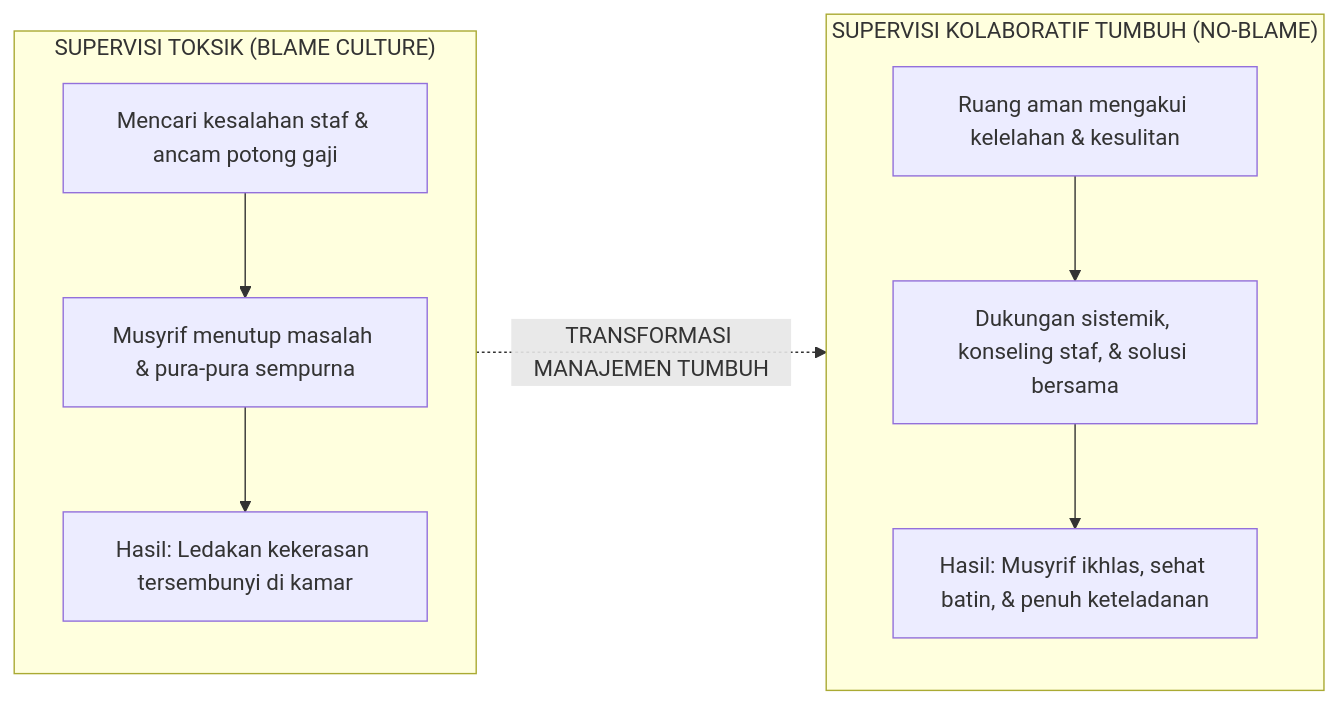
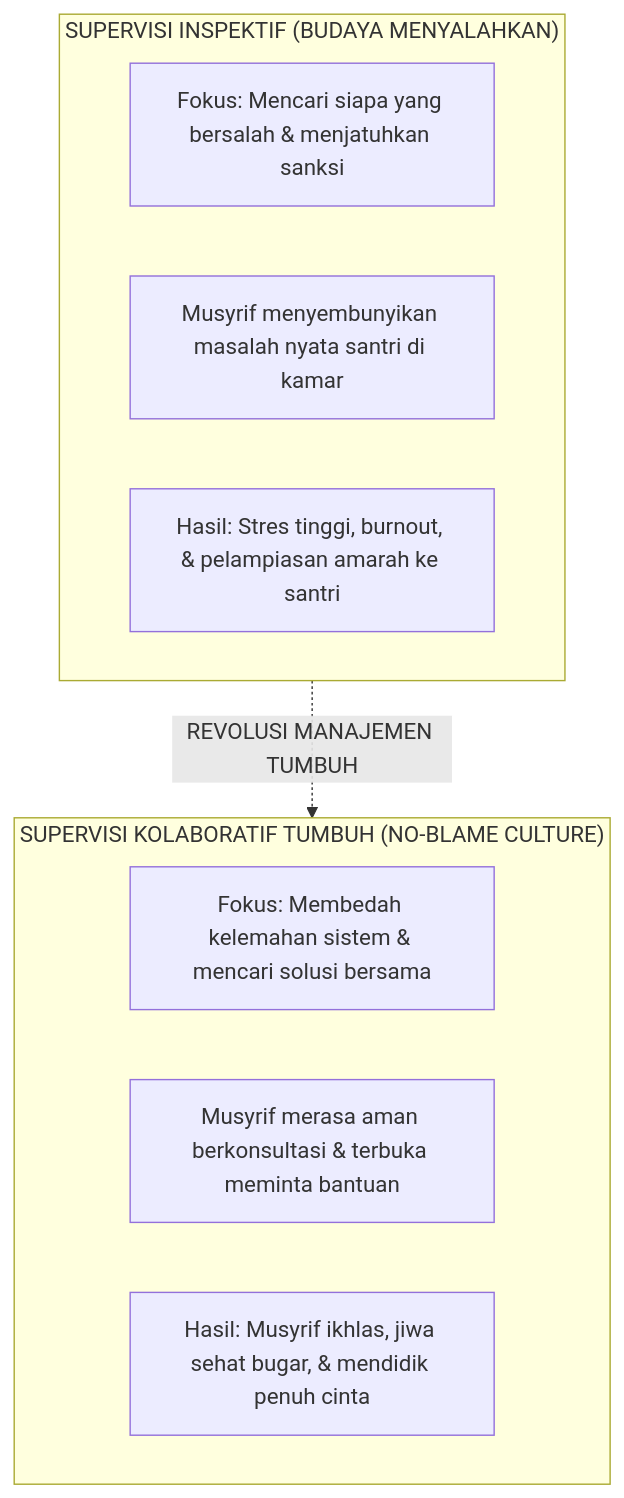
One commit to wandiapriliyandi/tumbuh changed the diagram in BOOK Series 2/Volume-05-Manual-Operasional-SOP-24Jam-dan-Tata-Kelola/Bab-05-Supervisi-Klinis-Musyrif/01-Filosofi-Supervisi-No-Blame.md. Above: the diagram before and after it, drawn with Mermaid. The commit also changed other lines of this file and 61 other files, not shown here.

````diff
--- a/BOOK Series 2/Volume-05-Manual-Operasional-SOP-24Jam-dan-Tata-Kelola/Bab-05-Supervisi-Klinis-Musyrif/01-Filosofi-Supervisi-No-Blame.md
+++ b/BOOK Series 2/Volume-05-Manual-Operasional-SOP-24Jam-dan-Tata-Kelola/Bab-05-Supervisi-Klinis-Musyrif/01-Filosofi-Supervisi-No-Blame.md
@@ -13,14 +18,16 @@
 ```mermaid
-flowchart LR
-    subgraph Blame["SUPERVISI TOKSIK (BLAME CULTURE)"]
-        B1["Mencari kesalahan staf & ancam potong gaji"] --> B2["Musyrif menutup masalah & pura-pura sempurna"]
-        B2 --> B3["Hasil: Ledakan kekerasan tersembunyi di kamar"]
+flowchart TD
+    subgraph BlameCulture["SUPERVISI INSPEKTIF (BUDAYA MENYALAHKAN)"]
+        B1["Fokus: Mencari siapa yang bersalah & menjatuhkan sanksi"]
+        B2["Musyrif menyembunyikan masalah nyata santri di kamar"]
+        B3["Hasil: Stres tinggi, burnout, & pelampiasan amarah ke santri"]
     end
 
-    subgraph NoBlame["SUPERVISI KOLABORATIF TUMBUH (NO-BLAME)"]
-        N1["Ruang aman mengakui kelelahan & kesulitan"] --> N2["Dukungan sistemik, konseling staf, & solusi bersama"]
-        N2 --> N3["Hasil: Musyrif ikhlas, sehat batin, & penuh keteladanan"]
+    subgraph NoBlameCulture["SUPERVISI KOLABORATIF TUMBUH (NO-BLAME CULTURE)"]
+        N1["Fokus: Membedah kelemahan sistem & mencari solusi bersama"]
+        N2["Musyrif merasa aman berkonsultasi & terbuka meminta bantuan"]
+        N3["Hasil: Musyrif ikhlas, jiwa sehat bugar, & mendidik penuh cinta"]
     end
 
-    Blame -.->|TRANSFORMASI MANAJEMEN TUMBUH| NoBlame
+    BlameCulture -.->|REVOLUSI MANAJEMEN TUMBUH| NoBlameCulture
 ```
````
